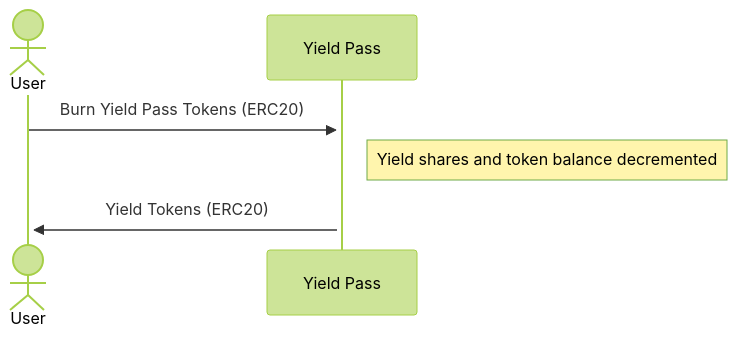
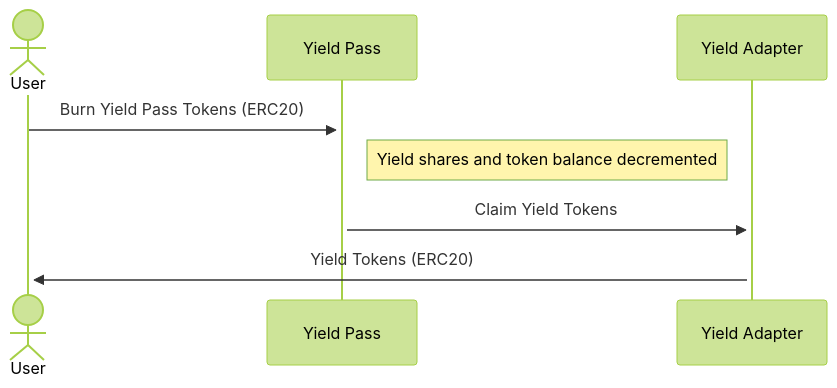
The third of 5 diagrams in docs/DESIGN.md (metastreet-labs/metastreet-yield-pass), drawn with Mermaid (forest theme) before and after one commit. The commit also changed other lines of this file and 14 other files, not shown here.

````diff
--- a/docs/DESIGN.md
+++ b/docs/DESIGN.md
@@ -96,7 +95,8 @@
 ```mermaid
 sequenceDiagram
     actor User
     User->>+Yield Pass: Burn Yield Pass Tokens (ERC20)
     Note right of Yield Pass: Yield shares and token balance decremented
-    Yield Pass->>+User: Yield Tokens (ERC20)
+    Yield Pass->>+Yield Adapter: Claim Yield Tokens
+    Yield Adapter->>+User: Yield Tokens (ERC20)
 ```
````
